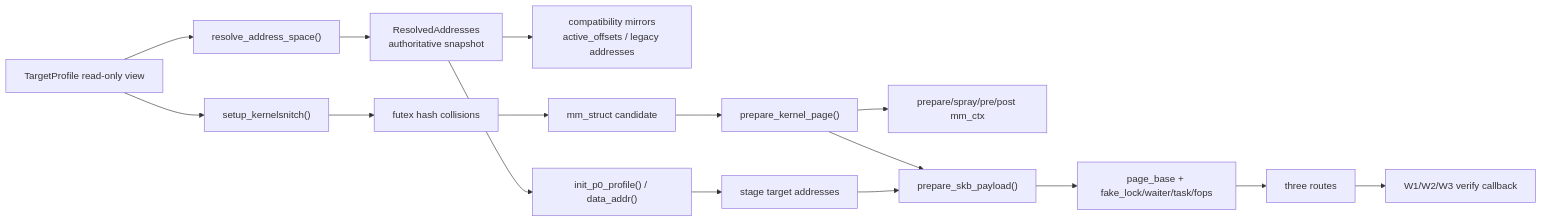
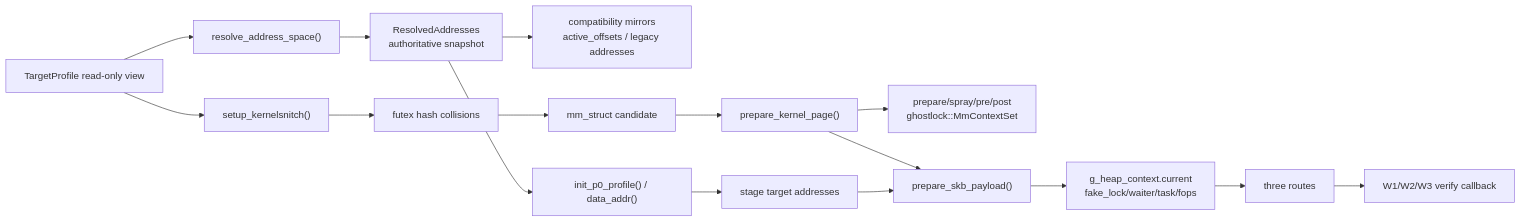
Before and after one commit to YuKongA/ghostlock-app: the sixth of 7 diagrams in analysis/routes.md, drawn with Mermaid. The commit also changed other lines of this file and 7 other files, not shown here.

````diff
--- a/analysis/routes.md
+++ b/analysis/routes.md
@@ -173,18 +173,18 @@
 ```mermaid
 flowchart LR
     P["TargetProfile read-only view"] --> A["resolve_address_space()"]
     A --> O["ResolvedAddresses<br/>authoritative snapshot"]
     O --> C["compatibility mirrors<br/>active_offsets / legacy addresses"]
     O --> D["init_p0_profile() / data_addr()"]
     D --> Targets["stage target addresses"]
     P --> KS["setup_kernelsnitch()"]
     KS --> Coll["futex hash collisions"]
     Coll --> MM["mm_struct candidate"]
     MM --> Page["prepare_kernel_page()"]
-    Page --> Ctx["prepare/spray/pre/post mm_ctx"]
+    Page --> Ctx["prepare/spray/pre/post<br/>ghostlock::MmContextSet"]
     Page --> SKB["prepare_skb_payload()"]
     Targets --> SKB
-    SKB --> Fake["page_base + fake_lock/waiter/task/fops"]
+    SKB --> Fake["g_heap_context.current<br/>fake_lock/waiter/task/fops"]
     Fake --> Routes["three routes"]
     Routes --> Verify["W1/W2/W3 verify callback"]
 ```
````
